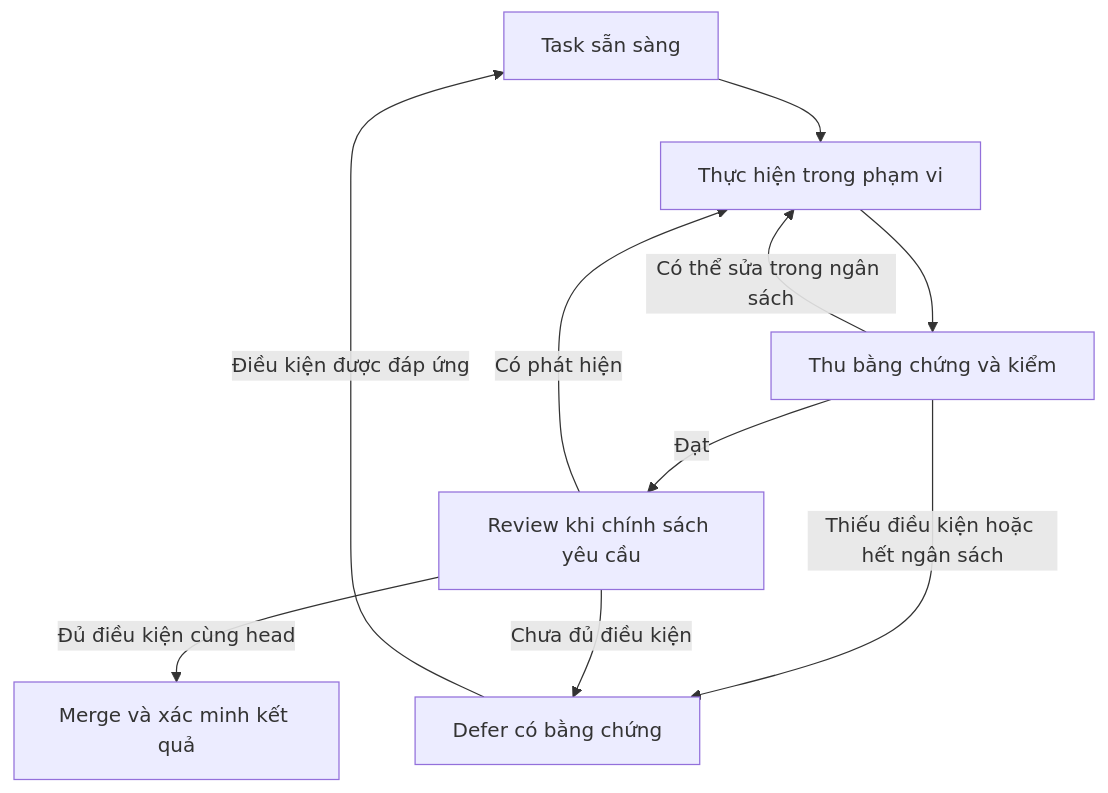
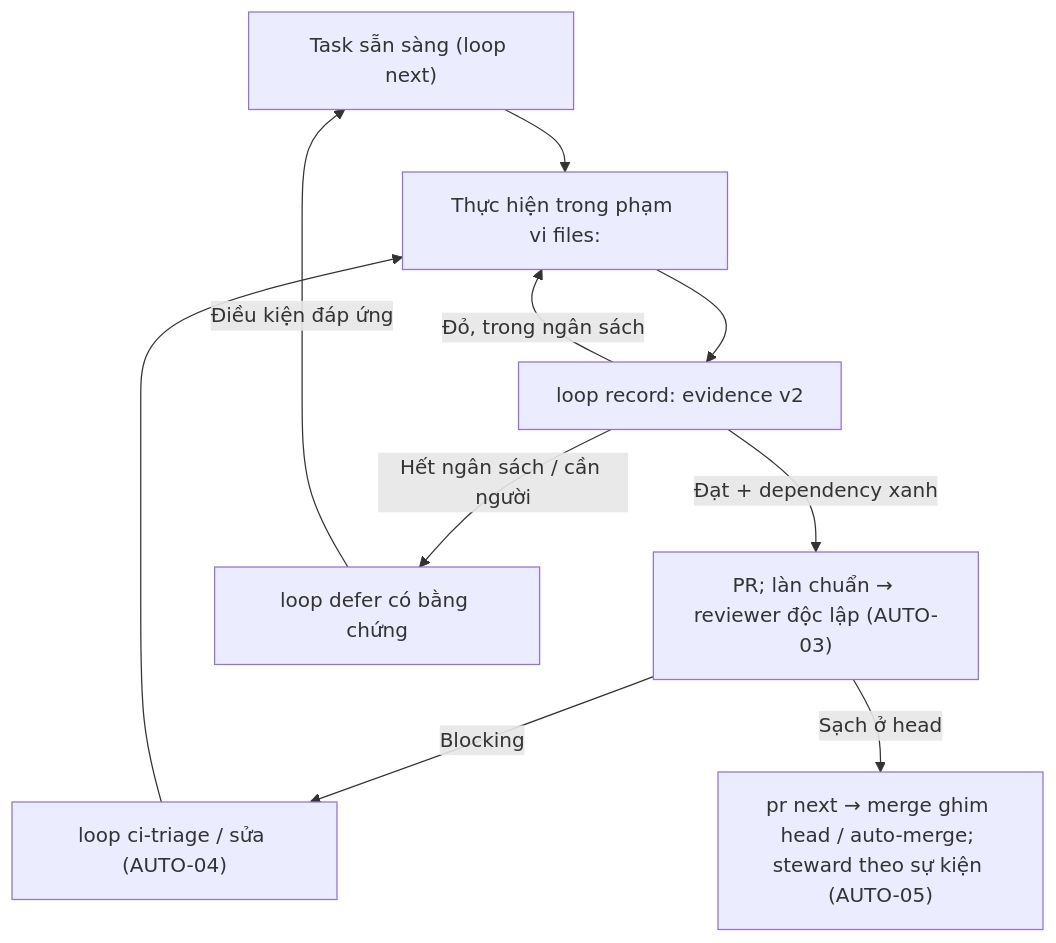
One commit to seeker19110/X-Templates changed the diagram in docs/ops/REMEDIATION-PLAN-2026-10-19.md. Above: the diagram before and after it, drawn with Mermaid. The commit also changed other lines of this file and 5 other files, not shown here.

````diff
--- a/docs/ops/REMEDIATION-PLAN-2026-10-19.md
+++ b/docs/ops/REMEDIATION-PLAN-2026-10-19.md
@@ -276,12 +227,11 @@
 ```mermaid
 flowchart TD
-    A["Task sẵn sàng"] --> B["Thực hiện trong phạm vi"]
-    B --> C["Thu bằng chứng và kiểm"]
-    C -->|"Đạt"| D["Review khi chính sách yêu cầu"]
-    C -->|"Có thể sửa trong ngân sách"| B
-    D -->|"Có phát hiện"| B
-    D -->|"Đủ điều kiện cùng head"| E["Merge và xác minh kết quả"]
-    C -->|"Thiếu điều kiện hoặc hết ngân sách"| F["Defer có bằng chứng"]
-    D -->|"Chưa đủ điều kiện"| F
-    F -->|"Điều kiện được đáp ứng"| A
+    A["Task sẵn sàng (loop next)"] --> B["Thực hiện trong phạm vi files:"]
+    B --> C["loop record: evidence v2"]
+    C -->|"Đạt + dependency xanh"| D["PR; làn chuẩn → reviewer độc lập (AUTO-03)"]
+    C -->|"Đỏ, trong ngân sách"| B
+    D -->|"Blocking"| E["loop ci-triage / sửa (AUTO-04)"] --> B
+    D -->|"Sạch ở head"| F["pr next → merge ghim head / auto-merge; steward theo sự kiện (AUTO-05)"]
+    C -->|"Hết ngân sách / cần người"| G["loop defer có bằng chứng"]
+    G -->|"Điều kiện đáp ứng"| A
 ```
````
